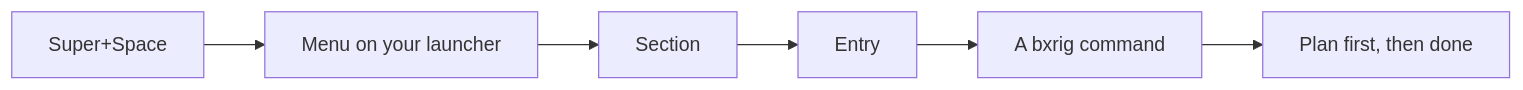
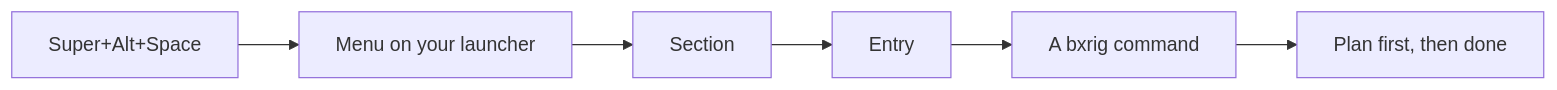
Before and after one commit to ortus-boxlang/bx-rig: the diagram in docs/desktop/menu.md, drawn with Mermaid. The commit also changed other lines of this file and 35 other files, not shown here.

First line of the commit message:
Add the BxRig launcher panel and clipboard history; Super+Space is the launcher

````diff
--- a/docs/desktop/menu.md
+++ b/docs/desktop/menu.md
@@ -25,8 +25,8 @@
 ```mermaid
 flowchart LR
-  A["Super+Space"] --> B["Menu on your launcher"]
+  A["Super+Alt+Space"] --> B["Menu on your launcher"]
   B --> C["Section"]
   C --> D["Entry"]
   D --> E["A bxrig command"]
   E --> F["Plan first, then done"]
 ```
````
